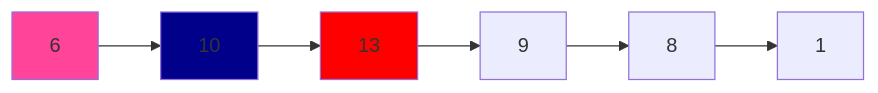
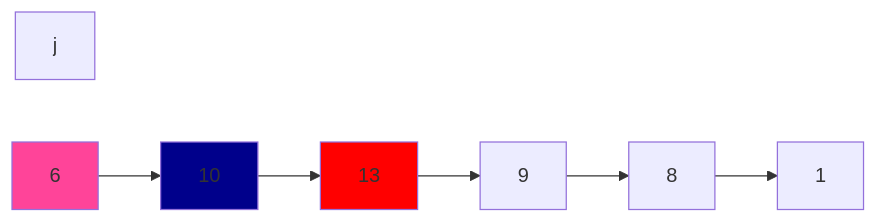
Before and after one commit to hanlight910/TIL: the third of 5 diagrams in algorithm/2156.md, drawn with Mermaid. The commit also changed other lines of this file and 1 other file, not shown here.

````diff
--- a/algorithm/2156.md
+++ b/algorithm/2156.md
@@ -48,7 +48,8 @@
 ```mermaid
 flowchart LR
+j
 id1[6] --> id3[10] --> id2[13] --> 9 --> 8 --> 1
 style id1 fill:#f49 
 style id3 fill:#00008B
 style id2 fill:#f00
 ```
````
